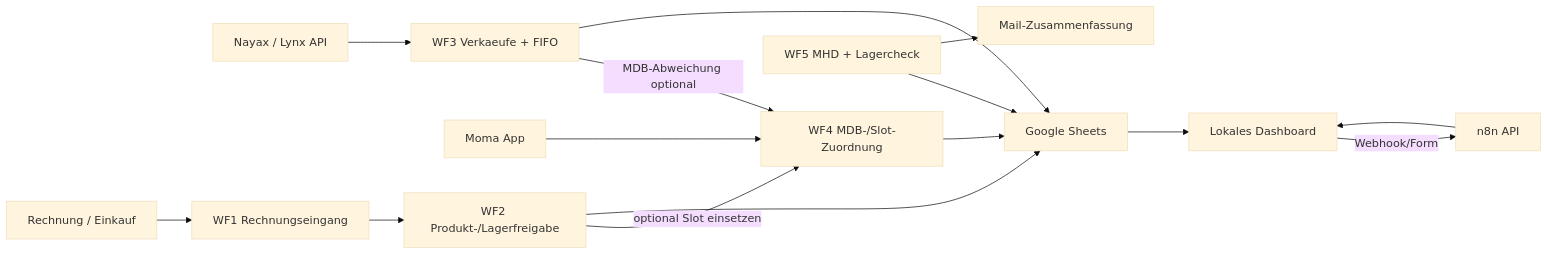
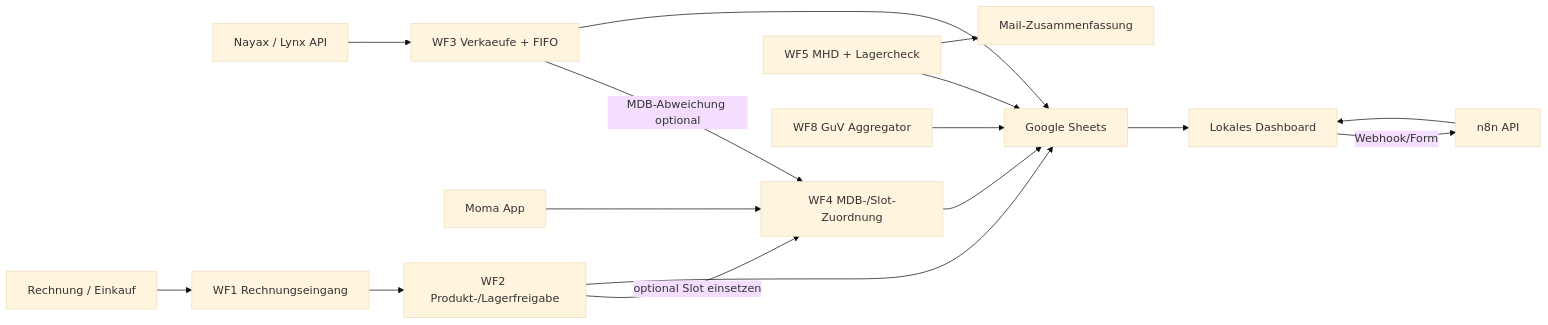
The diagram in ARCHITECTURE.md (PatrickM-git/mein-erstes-Projekt), drawn with Mermaid (base theme) before and after one commit. The commit also changed other lines of this file and 8 other files, not shown here.

````diff
--- a/ARCHITECTURE.md
+++ b/ARCHITECTURE.md
@@ -5,17 +5,18 @@
 ```mermaid
 flowchart LR
   Nayax["Nayax / Lynx API"] --> WF3["WF3 Verkaeufe + FIFO"]
   Moma["Moma App"] --> WF4["WF4 MDB-/Slot-Zuordnung"]
   Invoice["Rechnung / Einkauf"] --> WF1["WF1 Rechnungseingang"]
   WF1 --> WF2["WF2 Produkt-/Lagerfreigabe"]
   WF2 -->|optional Slot einsetzen| WF4
   WF3 -->|MDB-Abweichung optional| WF4
   WF3 --> Sheets["Google Sheets"]
   WF2 --> Sheets
   WF4 --> Sheets
   WF5["WF5 MHD + Lagercheck"] --> Sheets
+  WF8["WF8 GuV Aggregator"] --> Sheets
   Sheets --> Dashboard["Lokales Dashboard"]
   N8N["n8n API"] --> Dashboard
   Dashboard -->|Webhook/Form| N8N
   WF5 --> Mail["Mail-Zusammenfassung"]
 ```
````
